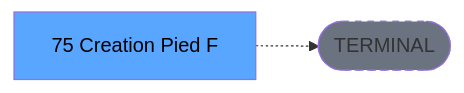
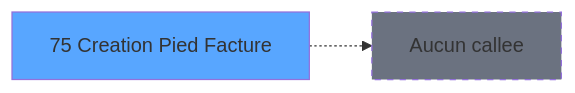
Before and after one commit to thonyAGP/lecteur-magic: the third of 3 diagrams in .openspec/specs/ADH-IDE-75.md, drawn with Mermaid. The commit also changed other lines of this file and 96 other files, not shown here.

````diff
--- a/.openspec/specs/ADH-IDE-75.md
+++ b/.openspec/specs/ADH-IDE-75.md
@@ -134,8 +190,8 @@
 ```mermaid
 graph LR
-    T[75 Creation Pied F]
-    TERM([TERMINAL])
-    T -.-> TERM
-    style TERM fill:#6b7280,stroke-dasharray: 5 5
-    style T fill:#58a6ff,color:#000
+    T75[75 Creation Pied Facture]
+    style T75 fill:#58a6ff
+    NONE[Aucun callee]
+    T75 -.-> NONE
+    style NONE fill:#6b7280,stroke-dasharray: 5 5
 ```
````
